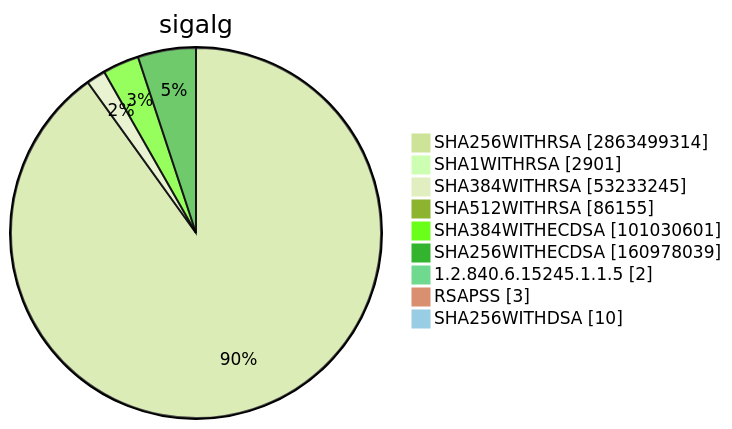
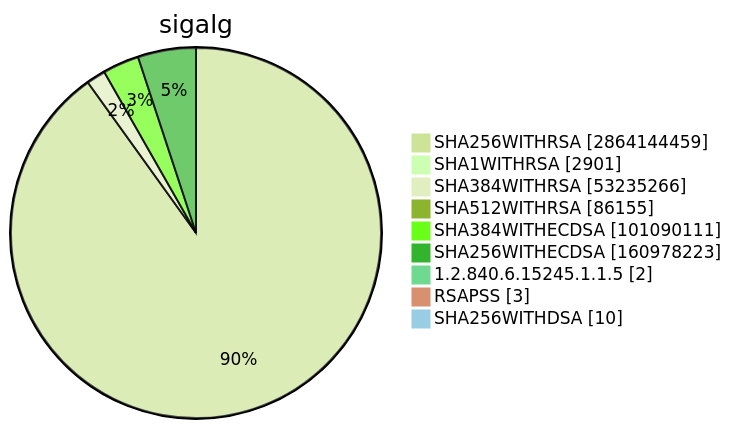
Diagram 15 of 15 in TOTAL/README.md (christiankrug/ctmonitor_visualization), drawn with Mermaid (forest theme) before and after one commit. The commit also changed other lines of this file, not shown here.

````diff
--- a/TOTAL/README.md
+++ b/TOTAL/README.md
@@ -6207,13 +6207,13 @@
 ```mermaid
 pie showData
 title sigalg
-"SHA256WITHRSA" :2863499314
+"SHA256WITHRSA" :2864144459
 "SHA1WITHRSA" :2901
-"SHA384WITHRSA" :53233245
+"SHA384WITHRSA" :53235266
 "SHA512WITHRSA" :86155
-"SHA384WITHECDSA" :101030601
-"SHA256WITHECDSA" :160978039
+"SHA384WITHECDSA" :101090111
+"SHA256WITHECDSA" :160978223
 "1.2.840.6.15245.1.1.5" :2
 "RSAPSS" :3
 "SHA256WITHDSA" :10
 ```
````
